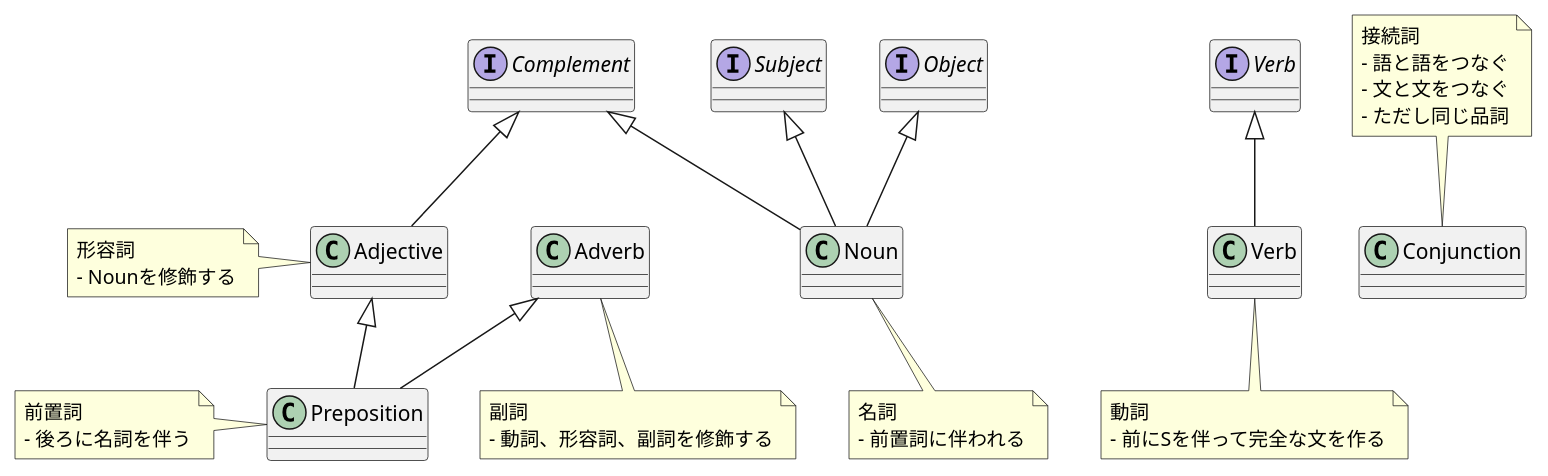
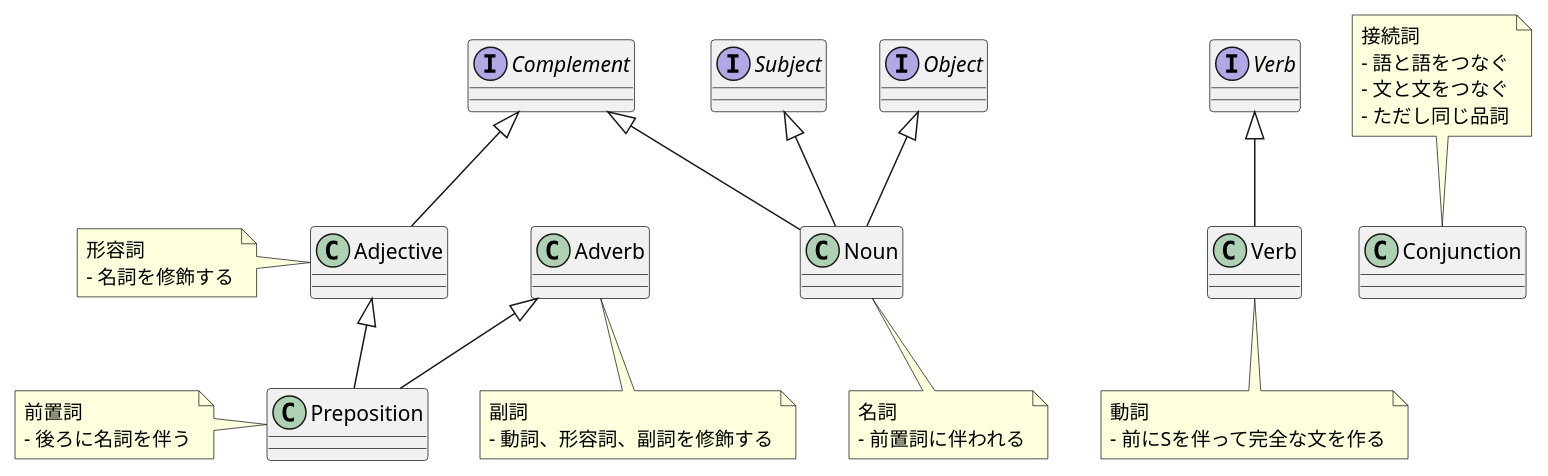
One commit to JHashimoto0518/structure-of-english changed the diagram in docs/diagrams/src/class_diagram.pu. Above: the diagram before and after it, drawn with PlantUML.

```diff
--- a/docs/diagrams/src/class_diagram.pu
+++ b/docs/diagrams/src/class_diagram.pu
@@ -1,45 +1,45 @@
 @startuml Structure of English
 
 interface Subject
 interface "Verb" as IVerb
 interface Object
 interface Complement
 
 class Noun {
 }
 note bottom : 名詞\n- 前置詞に伴われる
 
 Subject <|-- Noun
 Object <|-- Noun
 Complement <|-- Noun
 
 class Verb {
 
 }
 note bottom : 動詞\n- 前にSを伴って完全な文を作る
 IVerb <|-- Verb
 
 class Adjective {
 
 }
-note left : 形容詞\n- Nounを修飾する
+note left : 形容詞\n- 名詞を修飾する
 Complement <|-- Adjective
 
 class Adverb {
 
 }
 note bottom : 副詞\n- 動詞、形容詞、副詞を修飾する
 
 class Preposition {
 
 }
 note left : 前置詞\n- 後ろに名詞を伴う
 Adjective <|-- Preposition
 Adverb <|-- Preposition
 
 class Conjunction {
 
 }
 note top : 接続詞\n- 語と語をつなぐ\n- 文と文をつなぐ\n- ただし同じ品詞
 
 @enduml
```
